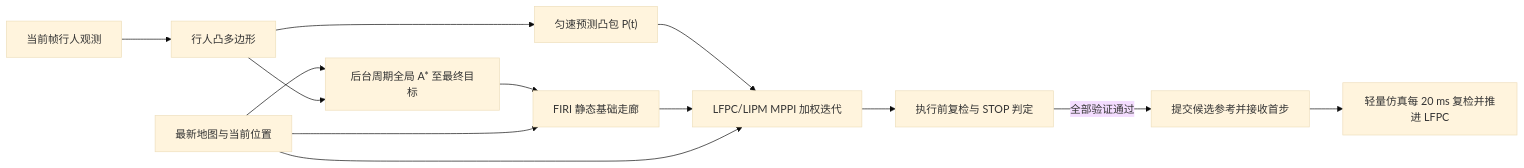
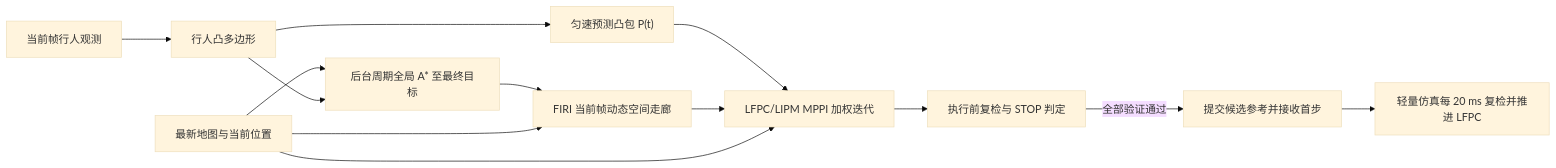
The diagram in README.md (xcg124110023416/cane_planner), drawn with Mermaid (base theme) before and after one commit. The commit also changed other lines of this file and 22 other files, not shown here.

````diff
--- a/README.md
+++ b/README.md
@@ -26,15 +26,15 @@
 ```mermaid
 flowchart LR
     MAP["最新地图与当前位置"] --> ASTAR["后台周期全局 A* 至最终目标"]
-    ASTAR --> FIRI["FIRI 静态基础走廊"]
+    ASTAR --> FIRI["FIRI 当前帧动态空间走廊"]
     MAP --> FIRI
     PED["当前帧行人观测"] --> HULL["行人凸多边形"]
     HULL --> ASTAR
     HULL --> CV["匀速预测凸包 P(t)"]
     CV --> MPPI
     FIRI --> MPPI["LFPC/LIPM MPPI 加权迭代"]
     MAP --> MPPI
     MPPI --> EXEC["执行前复检与 STOP 判定"]
     EXEC -->|全部验证通过| COMMIT["提交候选参考并接收首步"]
     COMMIT --> PLANT["轻量仿真每 20 ms 复检并推进 LFPC"]
 ```
````
